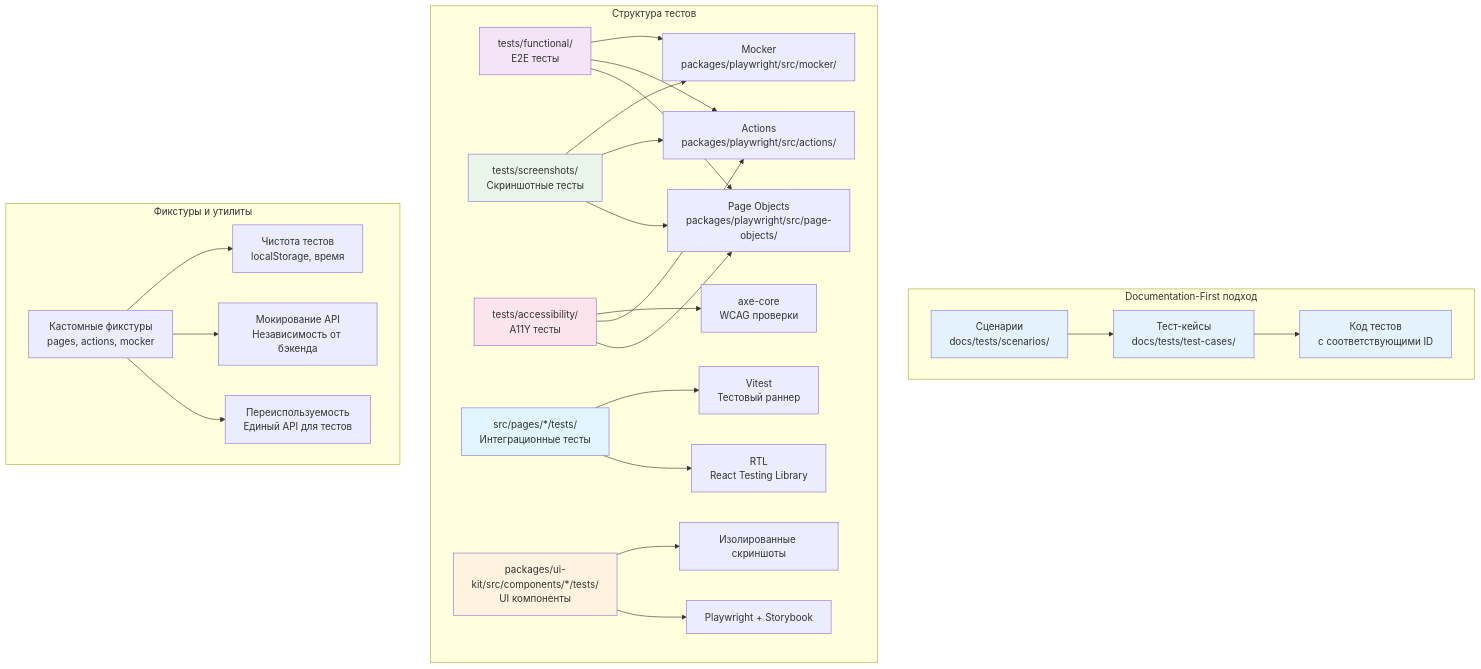
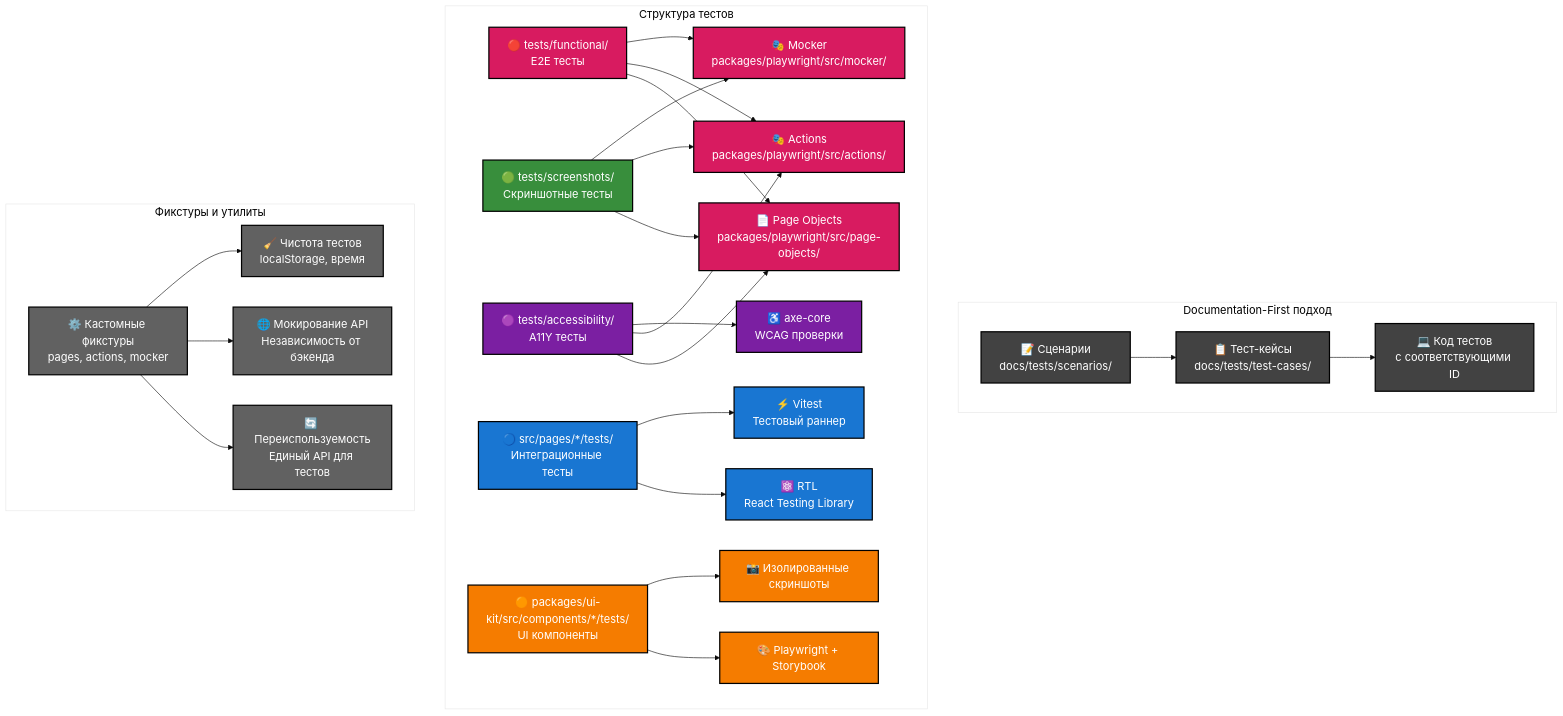
The fourth of 5 diagrams in docs/presentation.md (etozhenerk/shri-2025), drawn with Mermaid before and after one commit. The commit also changed other lines of this file, not shown here.

````diff
--- a/docs/presentation.md
+++ b/docs/presentation.md
@@ -418,42 +419,51 @@
 ```mermaid
+%%{init: {'theme':'base', 'themeVariables': { 'fontSize': '18px', 'fontFamily': 'Arial', 'primaryColor': '#ffffff', 'primaryTextColor': '#000000'}}}%%
 graph TD
     subgraph "Documentation-First подход"
-        A[Сценарии<br/>docs/tests/scenarios/] --> B[Тест-кейсы<br/>docs/tests/test-cases/]
-        B --> C[Код тестов<br/>с соответствующими ID]
+        A["📝 Сценарии<br/>docs/tests/scenarios/"] --> B["📋 Тест-кейсы<br/>docs/tests/test-cases/"]
+        B --> C["💻 Код тестов<br/>с соответствующими ID"]
     end
     
     subgraph "Структура тестов"
-        D[tests/functional/<br/>E2E тесты] --> E[Page Objects<br/>packages/playwright/src/page-objects/]
-        D --> F[Actions<br/>packages/playwright/src/actions/]
-        D --> G[Mocker<br/>packages/playwright/src/mocker/]
+        D["🔴 tests/functional/<br/>E2E тесты"] --> E["📄 Page Objects<br/>packages/playwright/src/page-objects/"]
+        D --> F["🎭 Actions<br/>packages/playwright/src/actions/"]
+        D --> G["🎭 Mocker<br/>packages/playwright/src/mocker/"]
         
-        H[tests/screenshots/<br/>Скриншотные тесты] --> E
+        H["🟢 tests/screenshots/<br/>Скриншотные тесты"] --> E
         H --> F
         H --> G
         
-        I[tests/accessibility/<br/>A11Y тесты] --> E
+        I["🟣 tests/accessibility/<br/>A11Y тесты"] --> E
         I --> F
-        I --> J[axe-core<br/>WCAG проверки]
+        I --> J["♿ axe-core<br/>WCAG проверки"]
         
-        K[src/pages/*/tests/<br/>Интеграционные тесты] --> L[RTL<br/>React Testing Library]
-        K --> M[Vitest<br/>Тестовый раннер]
+        K["🔵 src/pages/*/tests/<br/>Интеграционные тесты"] --> L["⚛️ RTL<br/>React Testing Library"]
+        K --> M["⚡ Vitest<br/>Тестовый раннер"]
         
-        N[packages/ui-kit/src/components/*/tests/<br/>UI компоненты] --> O[Playwright + Storybook]
-        N --> P[Изолированные скриншоты]
+        N["🟠 packages/ui-kit/src/components/*/tests/<br/>UI компоненты"] --> O["🎨 Playwright + Storybook"]
+        N --> P["📸 Изолированные скриншоты"]
     end
     
     subgraph "Фикстуры и утилиты"
-        Q[Кастомные фикстуры<br/>pages, actions, mocker] --> R[Чистота тестов<br/>localStorage, время]
-        Q --> S[Мокирование API<br/>Независимость от бэкенда]
-        Q --> T[Переиспользуемость<br/>Единый API для тестов]
+        Q["⚙️ Кастомные фикстуры<br/>pages, actions, mocker"] --> R["🧹 Чистота тестов<br/>localStorage, время"]
+        Q --> S["🌐 Мокирование API<br/>Независимость от бэкенда"]
+        Q --> T["🔄 Переиспользуемость<br/>Единый API для тестов"]
     end
     
-    style A fill:#e3f2fd
-    style B fill:#e3f2fd
-    style C fill:#e3f2fd
-    style D fill:#f3e5f5
-    style H fill:#e8f5e8
-    style I fill:#fce4ec
-    style K fill:#e1f5fe
-    style N fill:#fff3e0
+    %% Стили с контрастными цветами
+    classDef docs fill:#424242,stroke:#000,stroke-width:2px,color:#fff
+    classDef e2e fill:#d81b60,stroke:#000,stroke-width:2px,color:#fff
+    classDef screenshot fill:#388e3c,stroke:#000,stroke-width:2px,color:#fff
+    classDef a11y fill:#7b1fa2,stroke:#000,stroke-width:2px,color:#fff
+    classDef integration fill:#1976d2,stroke:#000,stroke-width:2px,color:#fff
+    classDef ui fill:#f57c00,stroke:#000,stroke-width:2px,color:#fff
+    classDef utils fill:#616161,stroke:#000,stroke-width:2px,color:#fff
+    
+    class A,B,C docs
+    class D,E,F,G e2e
+    class H screenshot
+    class I,J a11y
+    class K,L,M integration
+    class N,O,P ui
+    class Q,R,S,T utils
 ```
````
